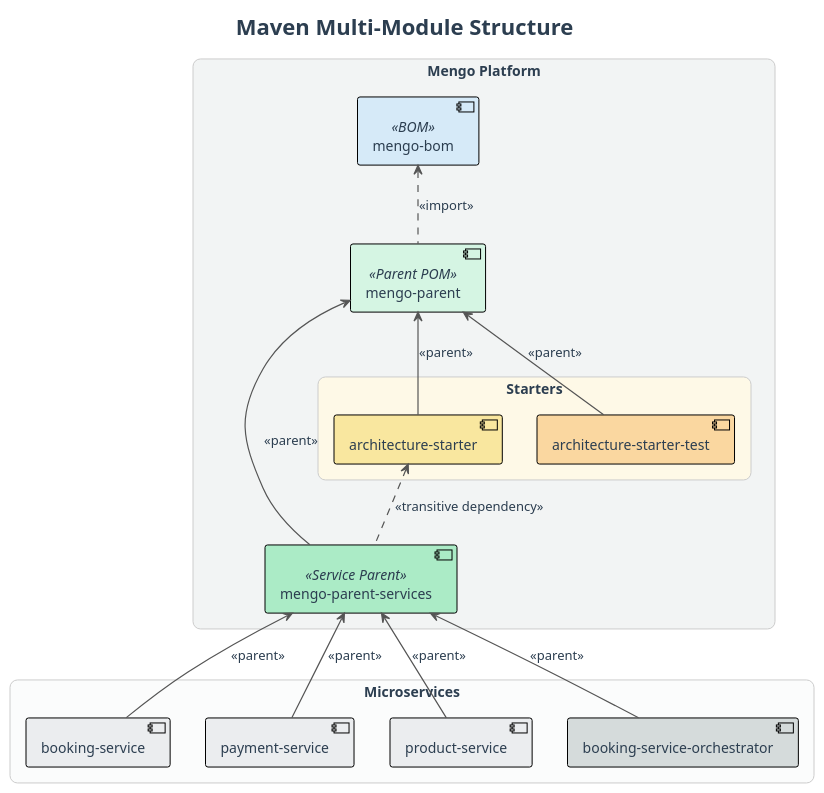
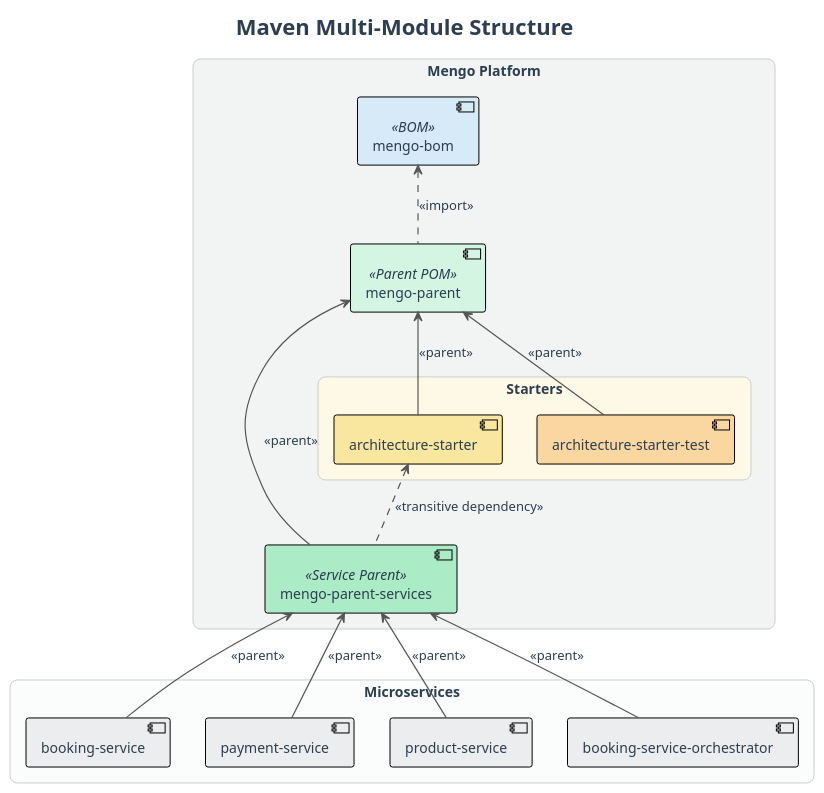
One commit to matiesmengo/event-sourcing-cqrs-demo changed the diagram in docs/maven-structure.puml. Above: the diagram before and after it, drawn with PlantUML. The commit also changed 6 other files, not shown here.

```diff
--- a/docs/maven-structure.puml
+++ b/docs/maven-structure.puml
@@ -1,50 +1,50 @@
 @startuml
 title Maven Multi-Module Structure
 !theme plain
 
 ' ========= GLOBAL STYLING =========
 skinparam backgroundColor #FFFFFF
 skinparam defaultFontName "Inter, Segoe UI, Helvetica"
 skinparam defaultFontColor #2C3E50
 skinparam shadowing false
 skinparam arrowThickness 1.2
 skinparam arrowColor #555555
 
 skinparam rectangle {
   FontSize 14
   RoundCorner 15
   BorderColor #CCCCCC
   BackgroundColor #FAFAFA
 }
 
 rectangle "Mengo Platform" #F2F4F4 {
     rectangle [mengo-bom] <<BOM>> #D6EAF8
 
     rectangle [mengo-parent] <<Parent POM>> #D5F5E3
     rectangle [mengo-parent-services] <<Service Parent>> #ABEBC6
 
     rectangle "Starters" #FEF9E7 {
         rectangle [architecture-starter] #F9E79F
         rectangle [architecture-starter-test] #FAD7A0
     }
 }
 
 rectangle "Microservices" #FBFCFC {
     rectangle [booking-service] #EBEDEF
     rectangle [payment-service] #EBEDEF
     rectangle [product-service] #EBEDEF
-    rectangle [booking-service-orchestrator] #D5DBDB
+    rectangle [booking-service-orchestrator] #EBEDEF
 }
 
 [mengo-bom] <.. [mengo-parent] : <<import>>
 [mengo-parent] <-- [mengo-parent-services] : <<parent>>
 [mengo-parent] <-- [architecture-starter] : <<parent>>
 [mengo-parent] <-- [architecture-starter-test] : <<parent>>
 
 [mengo-parent-services] <-- [booking-service] : <<parent>>
 [mengo-parent-services] <-- [payment-service] : <<parent>>
 [mengo-parent-services] <-- [product-service] : <<parent>>
 [mengo-parent-services] <-- [booking-service-orchestrator] : <<parent>>
 
 [architecture-starter] <.. [mengo-parent-services] : <<transitive dependency>>
 @enduml
```
